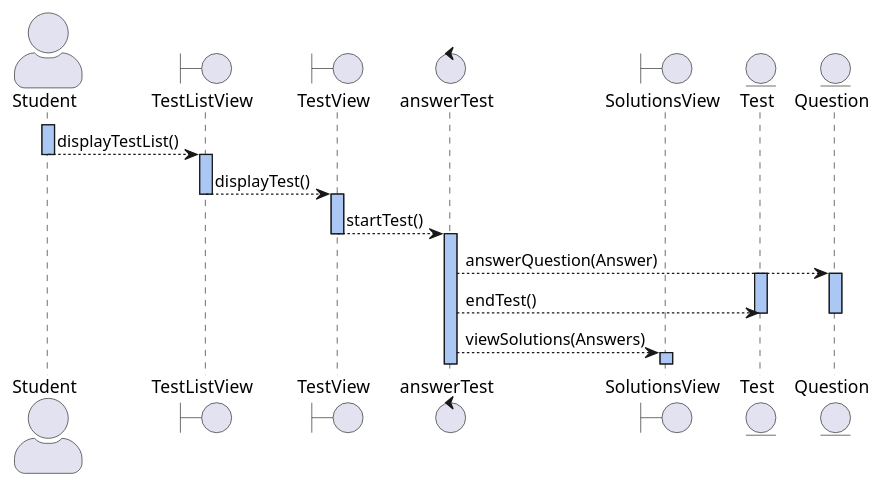
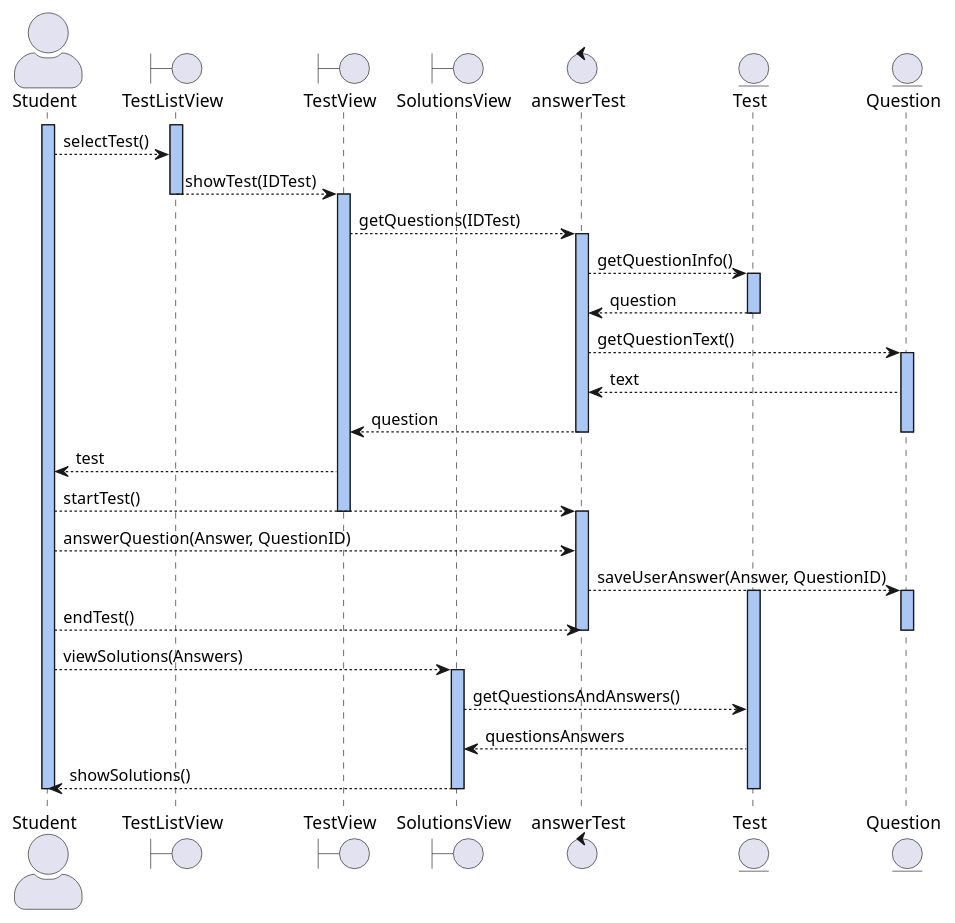
Before and after one commit to MiguelCiav/Uhuru: the diagram in sequenceDiagram.plantuml, drawn with PlantUML. The commit also changed 2 other files, not shown here.

Commit message:
Cambios en el diagrama de diseño

```diff
--- a/sequenceDiagram.plantuml
+++ b/sequenceDiagram.plantuml
@@ -1,37 +1,61 @@
 @startuml sequenceDiagram
 
 skinparam actorStyle awesome
 
 actor Student
 boundary TestListView
 boundary TestView
+boundary SolutionsView
 control answerTest
-boundary SolutionsView
 entity Test
 entity Question
 
 activate Student #abc8f5
-Student --> TestListView: displayTestList()
-deactivate Student
 
 activate TestListView #abc8f5
-TestListView --> TestView: displayTest()
+Student --> TestListView: selectTest()
+
+TestListView --> TestView: showTest(IDTest)
 deactivate TestListView
 
 activate TestView #abc8f5
-TestView --> answerTest: startTest()
+TestView --> answerTest: getQuestions(IDTest)
+activate answerTest #abc8f5
+
+answerTest --> Test: getQuestionInfo()
+activate Test #abc8f5
+Test --> answerTest: question
+deactivate Test
+
+answerTest --> Question: getQuestionText()
+activate Question #abc8f5
+Question --> answerTest: text
+answerTest --> TestView: question
+deactivate answerTest
+
+deactivate Question
+TestView --> Student: test
+Student --> answerTest: startTest()
+
 deactivate TestView
 
 activate answerTest #abc8f5
-answerTest --> Question: answerQuestion(Answer)
+Student --> answerTest: answerQuestion(Answer, QuestionID)
+answerTest --> Question :saveUserAnswer(Answer, QuestionID)
 activate Question #abc8f5
 
 activate Test #abc8f5
-answerTest --> Test: endTest()
+Student --> answerTest: endTest()
 deactivate Question
 
+deactivate answerTest
+Student --> SolutionsView: viewSolutions(Answers)
+activate SolutionsView #abc8f5
+SolutionsView --> Test :getQuestionsAndAnswers()
+Test --> SolutionsView :questionsAnswers
+SolutionsView --> Student: showSolutions()
 deactivate Test
-answerTest --> SolutionsView: viewSolutions(Answers)
-activate SolutionsView #abc8f5
+deactivate Student
+deactivate SolutionsView
 
 @enduml
```
